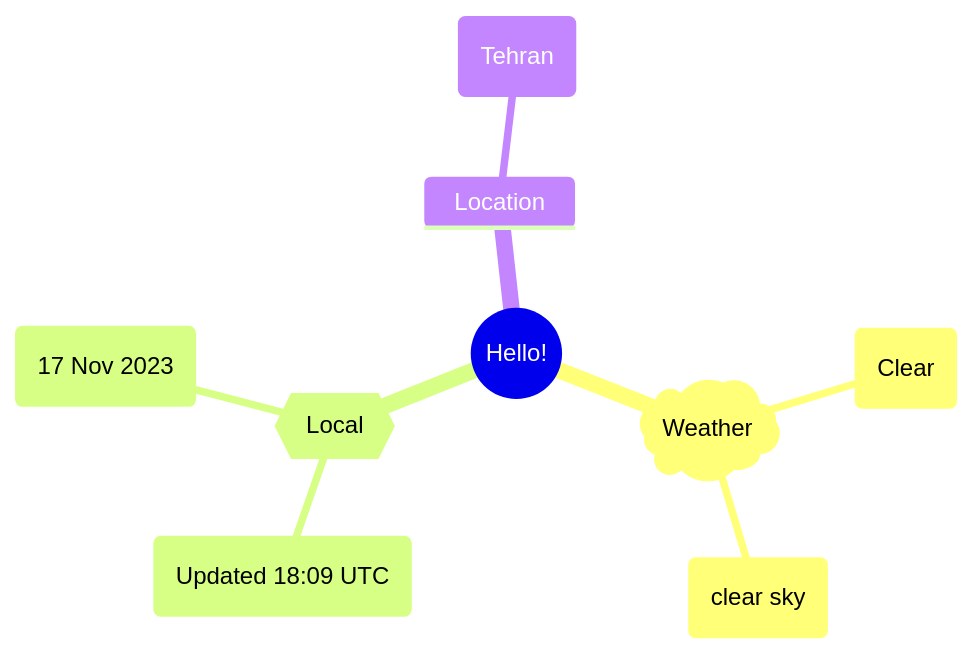
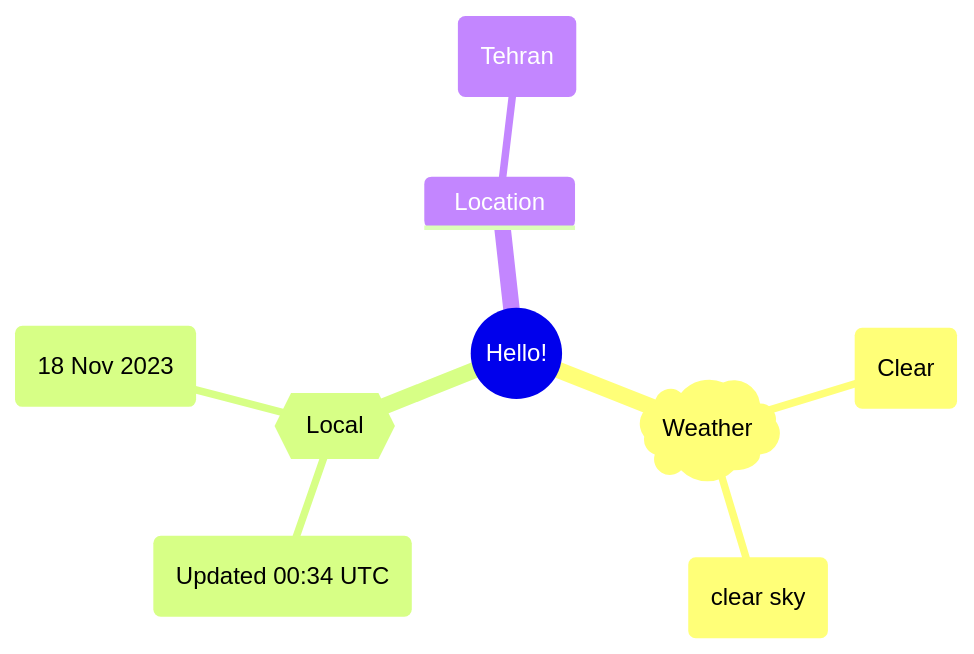
One commit to Xosrov/Xosrov changed the first of 2 diagrams in README.md. Above: the diagram before and after it, drawn with Mermaid.

Commit message:
[bot] updated images

````diff
--- a/README.md
+++ b/README.md
@@ -3,12 +3,12 @@
 ```mermaid
 mindmap
   root((Hello!))
     )Weather(
         (Clear)
         (clear sky)
     {{Local}}
-        (Updated 18:09 UTC)
-        (17 Nov 2023)
+        (Updated 00:34 UTC)
+        (18 Nov 2023)
     Location
         (Tehran)
 ```
````
